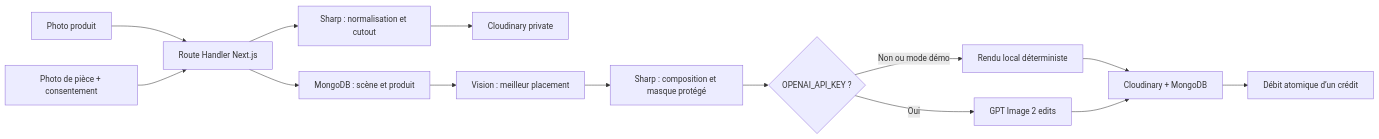
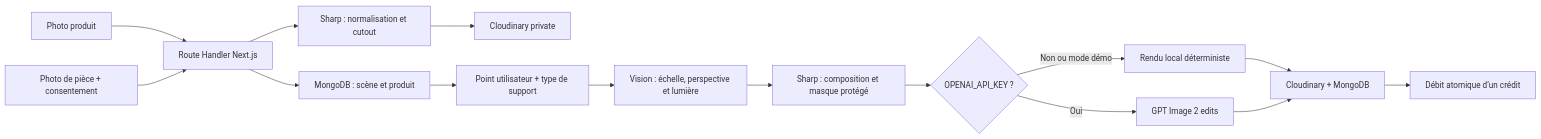
One commit to GameNotCreator/lilidecoai changed the diagram in docs/architecture.md. Above: the diagram before and after it, drawn with Mermaid. The commit also changed other lines of this file and 6 other files, not shown here.

Commit message:
feat: add guided point placement

````diff
--- a/docs/architecture.md
+++ b/docs/architecture.md
@@ -20,16 +20,17 @@
 ```mermaid
 flowchart LR
     A["Photo produit"] --> B["Route Handler Next.js"]
     B --> C["Sharp : normalisation et cutout"]
     C --> D["Cloudinary private"]
     E["Photo de pièce + consentement"] --> B
     B --> F["MongoDB : scène et produit"]
-    F --> G["Vision : meilleur placement"]
-    G --> H["Sharp : composition et masque protégé"]
-    H --> I{"OPENAI_API_KEY ?"}
+    F --> G["Point utilisateur + type de support"]
+    G --> H["Vision : échelle, perspective et lumière"]
+    H --> O["Sharp : composition et masque protégé"]
+    O --> I{"OPENAI_API_KEY ?"}
     I -->|Non ou mode démo| J["Rendu local déterministe"]
     I -->|Oui| K["GPT Image 2 edits"]
     J --> M["Cloudinary + MongoDB"]
     K --> M
     M --> N["Débit atomique d’un crédit"]
 ```
````
